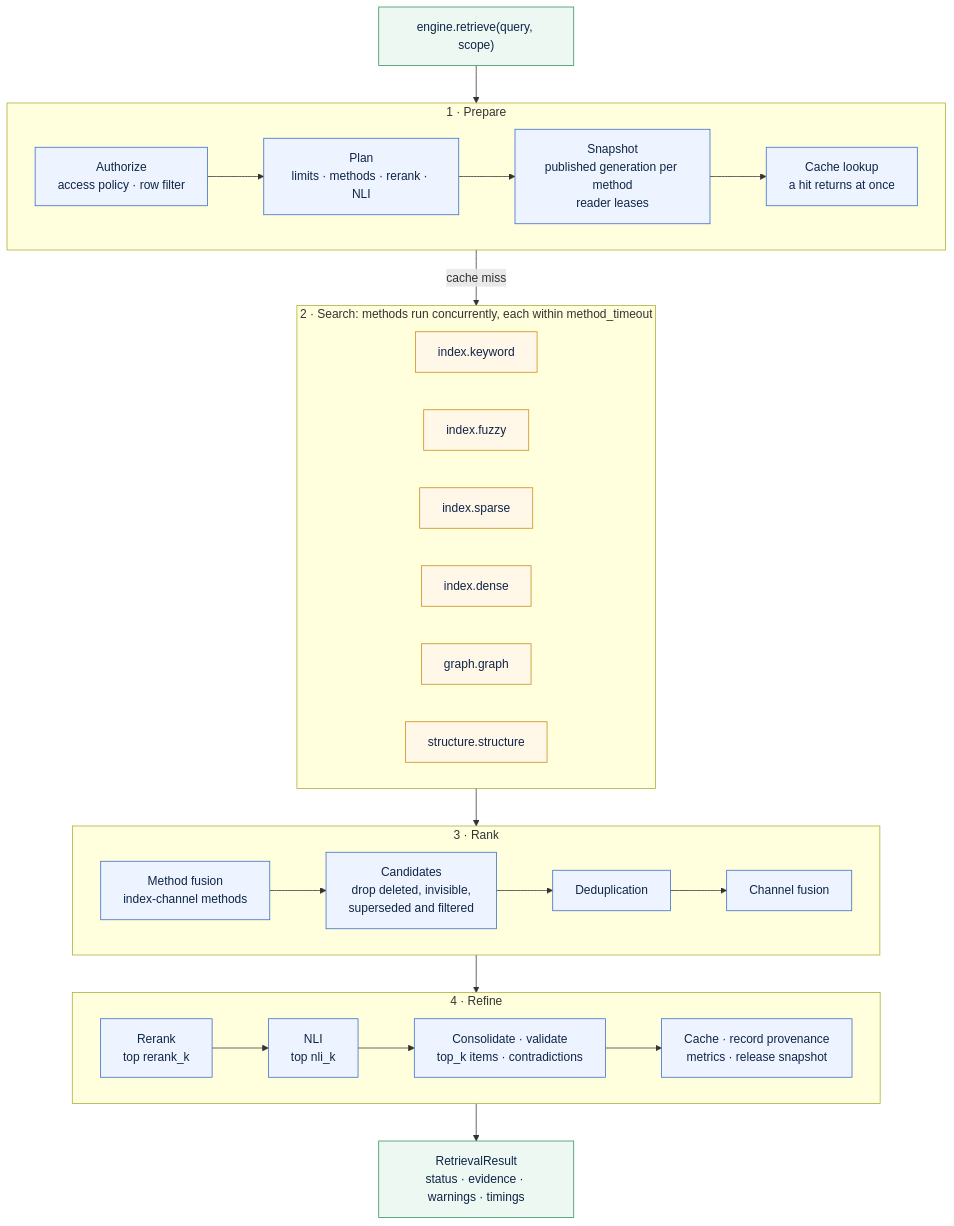
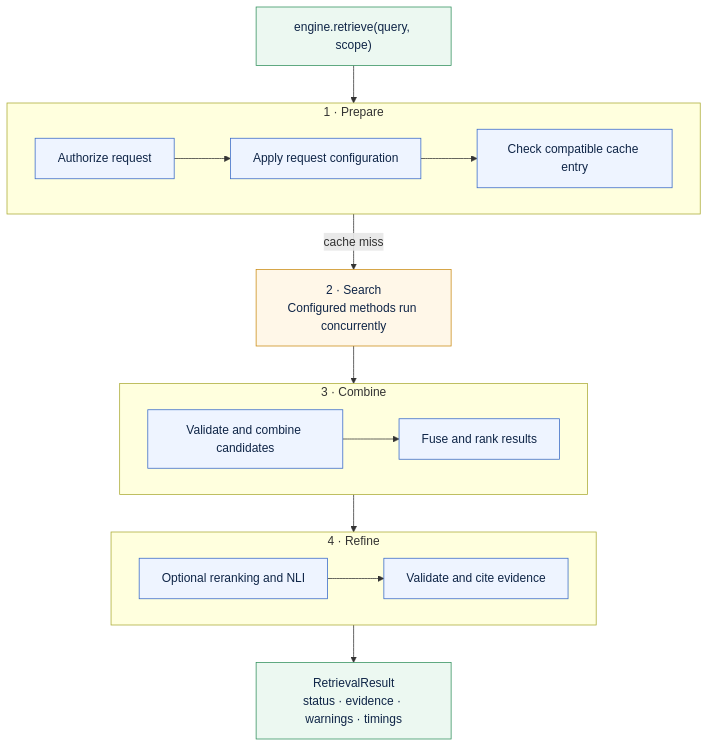
One commit to smuniharish/retrievalloom changed the diagram in diagrams/retrieval-pipeline.mmd. Above: the diagram before and after it, drawn with Mermaid. The commit also changed 57 other files, not shown here.

```diff
--- a/diagrams/retrieval-pipeline.mmd
+++ b/diagrams/retrieval-pipeline.mmd
@@ -1,51 +1,38 @@
 flowchart TB
     classDef app fill:#ecf8f1,stroke:#2f8f5b,color:#0f2547
     classDef core fill:#eef4ff,stroke:#3567c7,color:#0f2547
     classDef provider fill:#fff7e8,stroke:#c98a12,color:#0f2547
 
     request["engine.retrieve(query, scope)"]:::app
 
     subgraph Prepare["1 · Prepare"]
         direction LR
-        authorize["Authorize<br/>access policy · row filter"]:::core
-        plan["Plan<br/>limits · methods · rerank · NLI"]:::core
-        snapshot["Snapshot<br/>published generation per method<br/>reader leases"]:::core
-        cache["Cache lookup<br/>a hit returns at once"]:::core
-        authorize --> plan --> snapshot --> cache
+        authorize["Authorize request"]:::core
+        plan["Apply request configuration"]:::core
+        cache["Check compatible cache entry"]:::core
+        authorize --> plan --> cache
     end
 
-    subgraph Search["2 · Search: methods run concurrently, each within method_timeout"]
+    search["2 · Search<br/>Configured methods run concurrently"]:::provider
+
+    subgraph Rank["3 · Combine"]
         direction LR
-        keyword["index.keyword"]:::provider
-        fuzzy["index.fuzzy"]:::provider
-        sparse["index.sparse"]:::provider
-        dense["index.dense"]:::provider
-        graphch["graph.graph"]:::provider
-        structure["structure.structure"]:::provider
-    end
-
-    subgraph Rank["3 · Rank"]
-        direction LR
-        methodfusion["Method fusion<br/>index-channel methods"]:::core
-        candidates["Candidates<br/>drop deleted, invisible,<br/>superseded and filtered"]:::core
-        dedup["Deduplication"]:::core
-        channelfusion["Channel fusion"]:::core
-        methodfusion --> candidates --> dedup --> channelfusion
+        candidates["Validate and combine candidates"]:::core
+        fusion["Fuse and rank results"]:::core
+        candidates --> fusion
     end
 
     subgraph Refine["4 · Refine"]
         direction LR
-        rerank["Rerank<br/>top rerank_k"]:::core
-        judge["NLI<br/>top nli_k"]:::core
-        consolidate["Consolidate · validate<br/>top_k items · contradictions"]:::core
-        record["Cache · record provenance<br/>metrics · release snapshot"]:::core
-        rerank --> judge --> consolidate --> record
+        rerank["Optional reranking and NLI"]:::core
+        cite["Validate and cite evidence"]:::core
+        rerank --> cite
     end
 
     result["RetrievalResult<br/>status · evidence · warnings · timings"]:::app
 
     request --> Prepare
-    Prepare -- "cache miss" --> Search
-    Search --> Rank
+    Prepare -- "cache miss" --> search
+    search --> Rank
     Rank --> Refine
     Refine --> result
```
